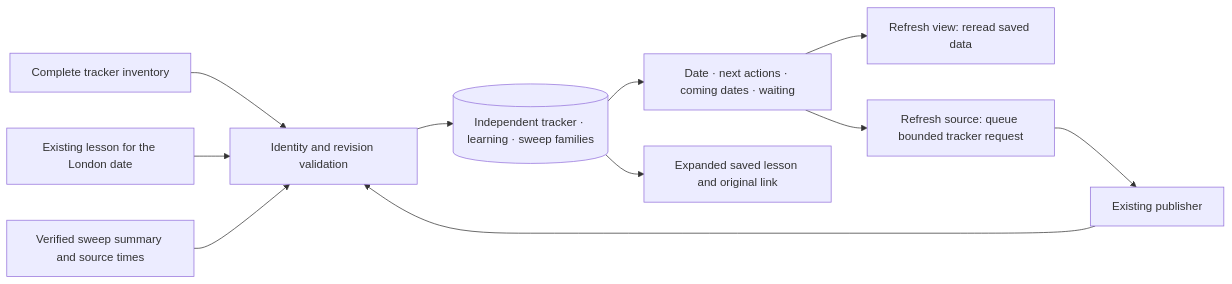
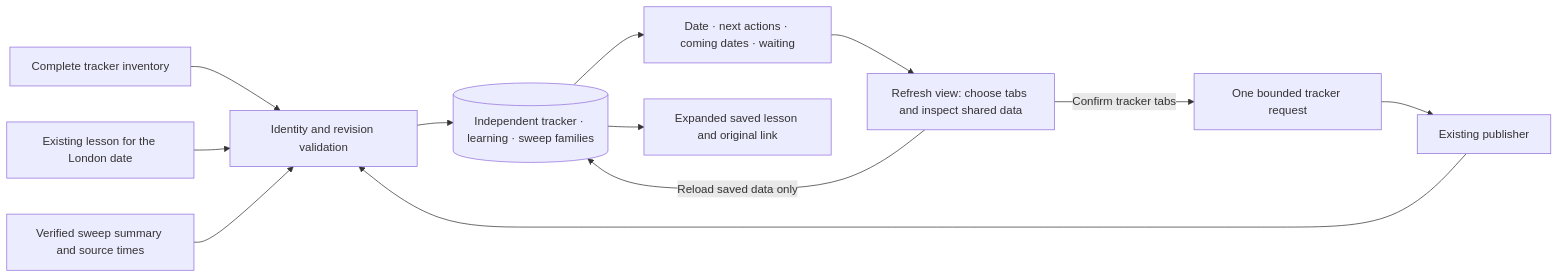
Before and after one commit to olilifts88/meridian-labs: the second of 5 diagrams in docs/life-os-dataflows.md, drawn with Mermaid. The commit also changed other lines of this file and 7 other files, not shown here.

````diff
--- a/docs/life-os-dataflows.md
+++ b/docs/life-os-dataflows.md
@@ -28,13 +28,14 @@
 ```mermaid
 flowchart LR
     T[Complete tracker inventory] --> V[Identity and revision validation]
     L[Existing lesson for the London date] --> V
     S[Verified sweep summary and source times] --> V
     V --> D[(Independent tracker · learning · sweep families)]
     D --> B[Date · next actions · coming dates · waiting]
     D --> E[Expanded saved lesson and original link]
-    B --> R[Refresh view: reread saved data]
-    B --> Q[Refresh source: queue bounded tracker request]
+    B --> R[Refresh view: choose tabs and inspect shared data]
+    R -->|Confirm tracker tabs| Q[One bounded tracker request]
+    R -->|Reload saved data only| D
     Q --> P[Existing publisher]
     P --> V
 ```
````
